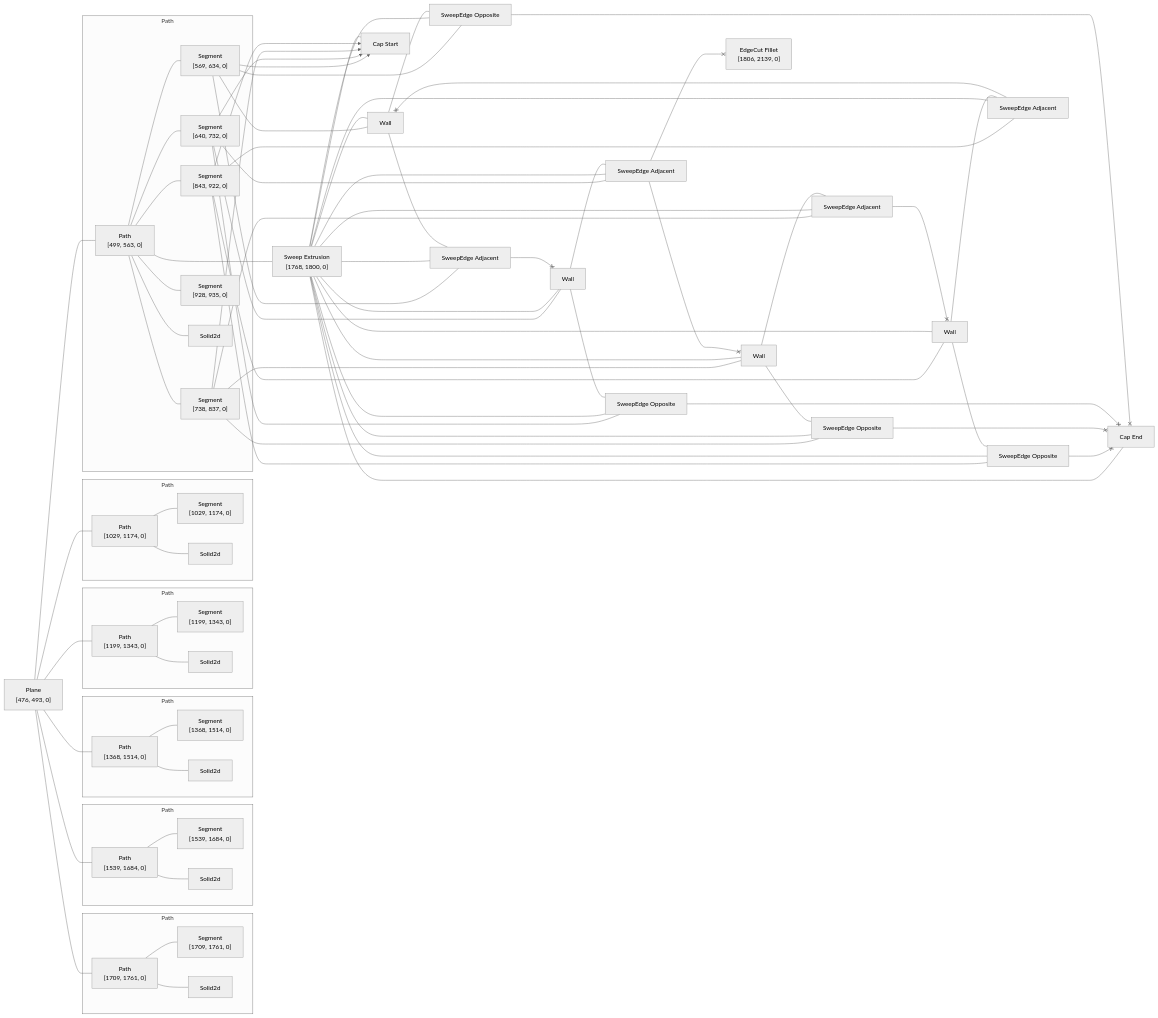
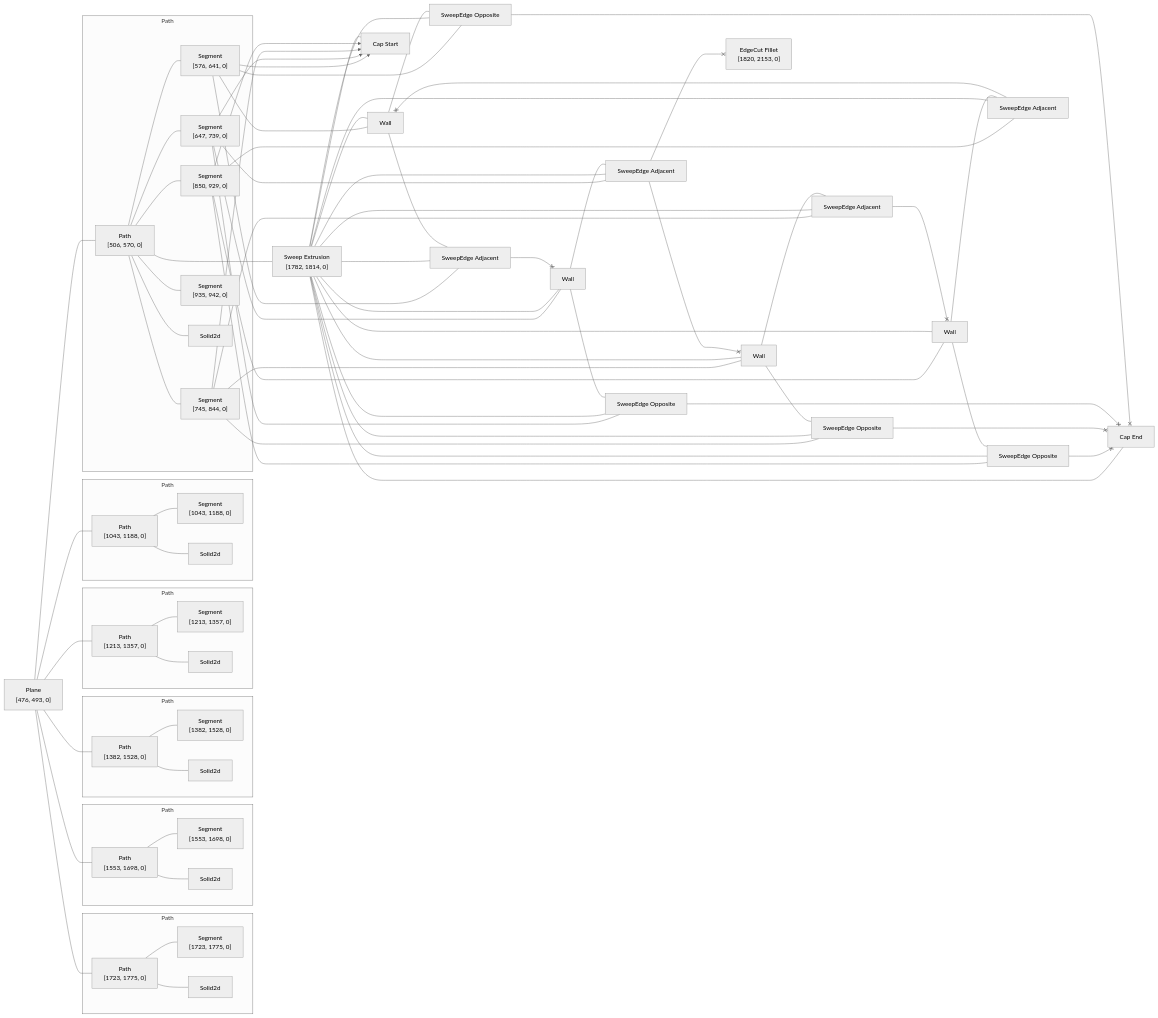
The diagram in rust/kcl-lib/tests/kcl_samples/mounting-plate/artifact_graph_flowchart.snap.md (KittyCAD/modeling-app), drawn with Mermaid (neutral theme) before and after one commit. The commit also changed 24 other files, not shown here.

````diff
--- a/rust/kcl-lib/tests/kcl_samples/mounting-plate/artifact_graph_flowchart.snap.md
+++ b/rust/kcl-lib/tests/kcl_samples/mounting-plate/artifact_graph_flowchart.snap.md
@@ -1,58 +1,58 @@
 ```mermaid
 flowchart LR
   subgraph path2 [Path]
-    2["Path<br>[499, 563, 0]"]
+    2["Path<br>[506, 570, 0]"]
       %% [ProgramBodyItem { index: 8 }, VariableDeclarationDeclaration, VariableDeclarationInit, PipeBodyItem { index: 0 }]
-    8["Segment<br>[569, 634, 0]"]
+    8["Segment<br>[576, 641, 0]"]
       %% [ProgramBodyItem { index: 8 }, VariableDeclarationDeclaration, VariableDeclarationInit, PipeBodyItem { index: 1 }]
-    9["Segment<br>[640, 732, 0]"]
+    9["Segment<br>[647, 739, 0]"]
       %% [ProgramBodyItem { index: 8 }, VariableDeclarationDeclaration, VariableDeclarationInit, PipeBodyItem { index: 2 }]
-    10["Segment<br>[738, 837, 0]"]
+    10["Segment<br>[745, 844, 0]"]
       %% [ProgramBodyItem { index: 8 }, VariableDeclarationDeclaration, VariableDeclarationInit, PipeBodyItem { index: 3 }]
-    11["Segment<br>[843, 922, 0]"]
+    11["Segment<br>[850, 929, 0]"]
       %% [ProgramBodyItem { index: 8 }, VariableDeclarationDeclaration, VariableDeclarationInit, PipeBodyItem { index: 4 }]
-    12["Segment<br>[928, 935, 0]"]
+    12["Segment<br>[935, 942, 0]"]
       %% [ProgramBodyItem { index: 8 }, VariableDeclarationDeclaration, VariableDeclarationInit, PipeBodyItem { index: 5 }]
     19[Solid2d]
   end
   subgraph path3 [Path]
-    3["Path<br>[1029, 1174, 0]"]
+    3["Path<br>[1043, 1188, 0]"]
       %% [ProgramBodyItem { index: 9 }, VariableDeclarationDeclaration, VariableDeclarationInit, PipeBodyItem { index: 1 }, CallKwArg { index: 0 }]
-    13["Segment<br>[1029, 1174, 0]"]
+    13["Segment<br>[1043, 1188, 0]"]
       %% [ProgramBodyItem { index: 9 }, VariableDeclarationDeclaration, VariableDeclarationInit, PipeBodyItem { index: 1 }, CallKwArg { index: 0 }]
     23[Solid2d]
   end
   subgraph path4 [Path]
-    4["Path<br>[1199, 1343, 0]"]
+    4["Path<br>[1213, 1357, 0]"]
       %% [ProgramBodyItem { index: 9 }, VariableDeclarationDeclaration, VariableDeclarationInit, PipeBodyItem { index: 2 }, CallKwArg { index: 0 }]
-    14["Segment<br>[1199, 1343, 0]"]
+    14["Segment<br>[1213, 1357, 0]"]
       %% [ProgramBodyItem { index: 9 }, VariableDeclarationDeclaration, VariableDeclarationInit, PipeBodyItem { index: 2 }, CallKwArg { index: 0 }]
     18[Solid2d]
   end
   subgraph path5 [Path]
-    5["Path<br>[1368, 1514, 0]"]
+    5["Path<br>[1382, 1528, 0]"]
       %% [ProgramBodyItem { index: 9 }, VariableDeclarationDeclaration, VariableDeclarationInit, PipeBodyItem { index: 3 }, CallKwArg { index: 0 }]
-    15["Segment<br>[1368, 1514, 0]"]
+    15["Segment<br>[1382, 1528, 0]"]
       %% [ProgramBodyItem { index: 9 }, VariableDeclarationDeclaration, VariableDeclarationInit, PipeBodyItem { index: 3 }, CallKwArg { index: 0 }]
     20[Solid2d]
   end
   subgraph path6 [Path]
-    6["Path<br>[1539, 1684, 0]"]
+    6["Path<br>[1553, 1698, 0]"]
       %% [ProgramBodyItem { index: 9 }, VariableDeclarationDeclaration, VariableDeclarationInit, PipeBodyItem { index: 4 }, CallKwArg { index: 0 }]
-    16["Segment<br>[1539, 1684, 0]"]
+    16["Segment<br>[1553, 1698, 0]"]
       %% [ProgramBodyItem { index: 9 }, VariableDeclarationDeclaration, VariableDeclarationInit, PipeBodyItem { index: 4 }, CallKwArg { index: 0 }]
     22[Solid2d]
   end
   subgraph path7 [Path]
-    7["Path<br>[1709, 1761, 0]"]
+    7["Path<br>[1723, 1775, 0]"]
       %% [ProgramBodyItem { index: 9 }, VariableDeclarationDeclaration, VariableDeclarationInit, PipeBodyItem { index: 5 }, CallKwArg { index: 0 }]
-    17["Segment<br>[1709, 1761, 0]"]
+    17["Segment<br>[1723, 1775, 0]"]
       %% [ProgramBodyItem { index: 9 }, VariableDeclarationDeclaration, VariableDeclarationInit, PipeBodyItem { index: 5 }, CallKwArg { index: 0 }]
     21[Solid2d]
   end
   1["Plane<br>[476, 493, 0]"]
     %% [ProgramBodyItem { index: 7 }, VariableDeclarationDeclaration, VariableDeclarationInit]
-  24["Sweep Extrusion<br>[1768, 1800, 0]"]
+  24["Sweep Extrusion<br>[1782, 1814, 0]"]
     %% [ProgramBodyItem { index: 9 }, VariableDeclarationDeclaration, VariableDeclarationInit, PipeBodyItem { index: 6 }]
   25[Wall]
     %% face_code_ref=Missing NodePath
@@ -74,7 +74,7 @@
   36["SweepEdge Adjacent"]
   37["SweepEdge Adjacent"]
   38["SweepEdge Adjacent"]
-  39["EdgeCut Fillet<br>[1806, 2139, 0]"]
+  39["EdgeCut Fillet<br>[1820, 2153, 0]"]
     %% [ProgramBodyItem { index: 9 }, VariableDeclarationDeclaration, VariableDeclarationInit, PipeBodyItem { index: 7 }]
   1 --- 2
   1 --- 3
````
